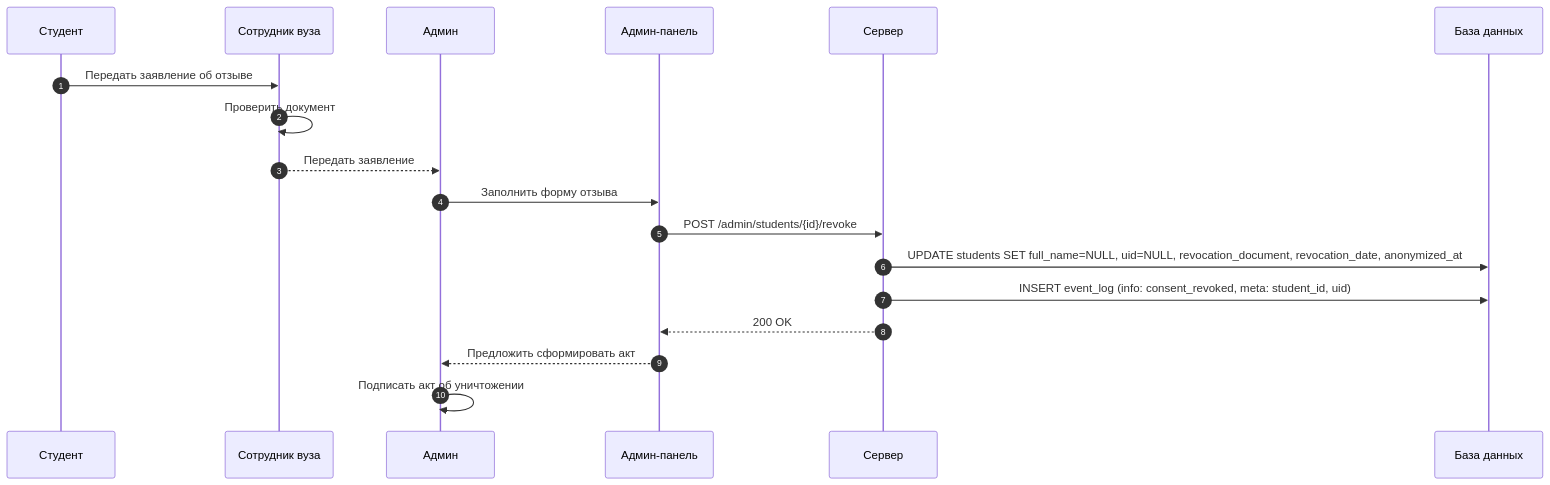
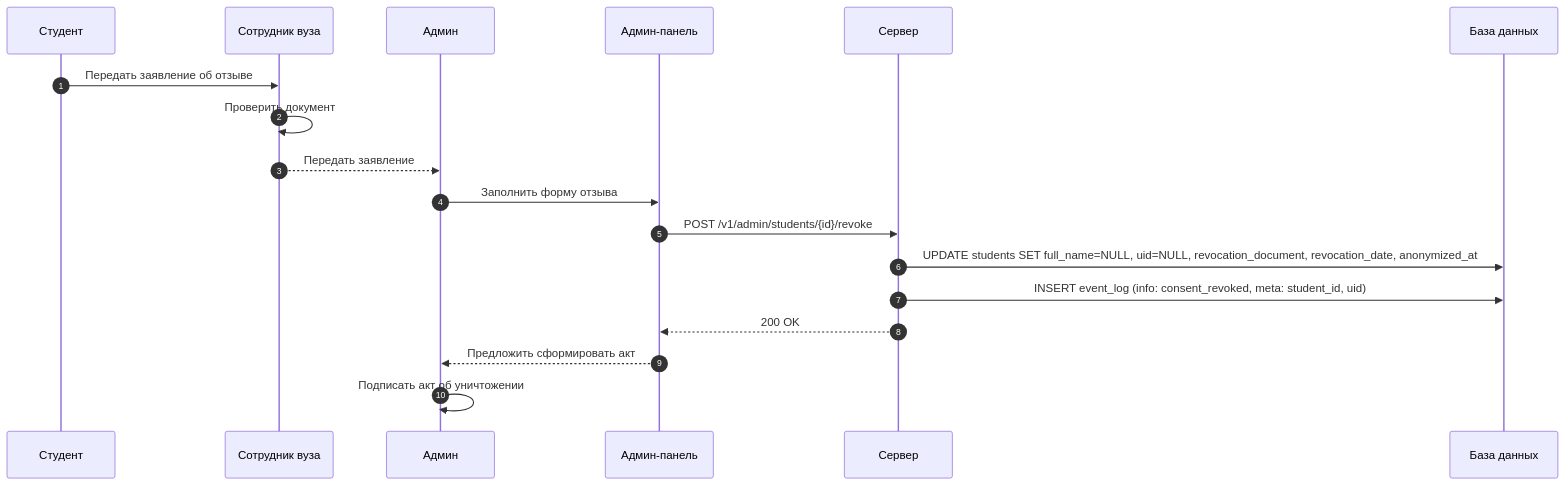
Before and after one commit to SP4CEVI/iasu-2.0: diagram 11 of 13 in concept.md, drawn with Mermaid. The commit also changed other lines of this file, not shown here.

````diff
--- a/concept.md
+++ b/concept.md
@@ -1167,21 +1201,21 @@
 ```mermaid
 sequenceDiagram
     autonumber
     participant Student as Студент
     participant Staff as Сотрудник вуза
     participant Admin as Админ
     participant Web as Админ-панель
     participant API as Сервер
     participant DB as База данных
 
     Student->>Staff: Передать заявление об отзыве
     Staff->>Staff: Проверить документ
     Staff-->>Admin: Передать заявление
     Admin->>Web: Заполнить форму отзыва
-    Web->>API: POST /admin/students/{id}/revoke
+    Web->>API: POST /v1/admin/students/{id}/revoke
     API->>DB: UPDATE students SET full_name=NULL, uid=NULL, revocation_document, revocation_date, anonymized_at
     API->>DB: INSERT event_log (info: consent_revoked, meta: student_id, uid)
     API-->>Web: 200 OK
     Web-->>Admin: Предложить сформировать акт
     Admin->>Admin: Подписать акт об уничтожении
 ```
````
